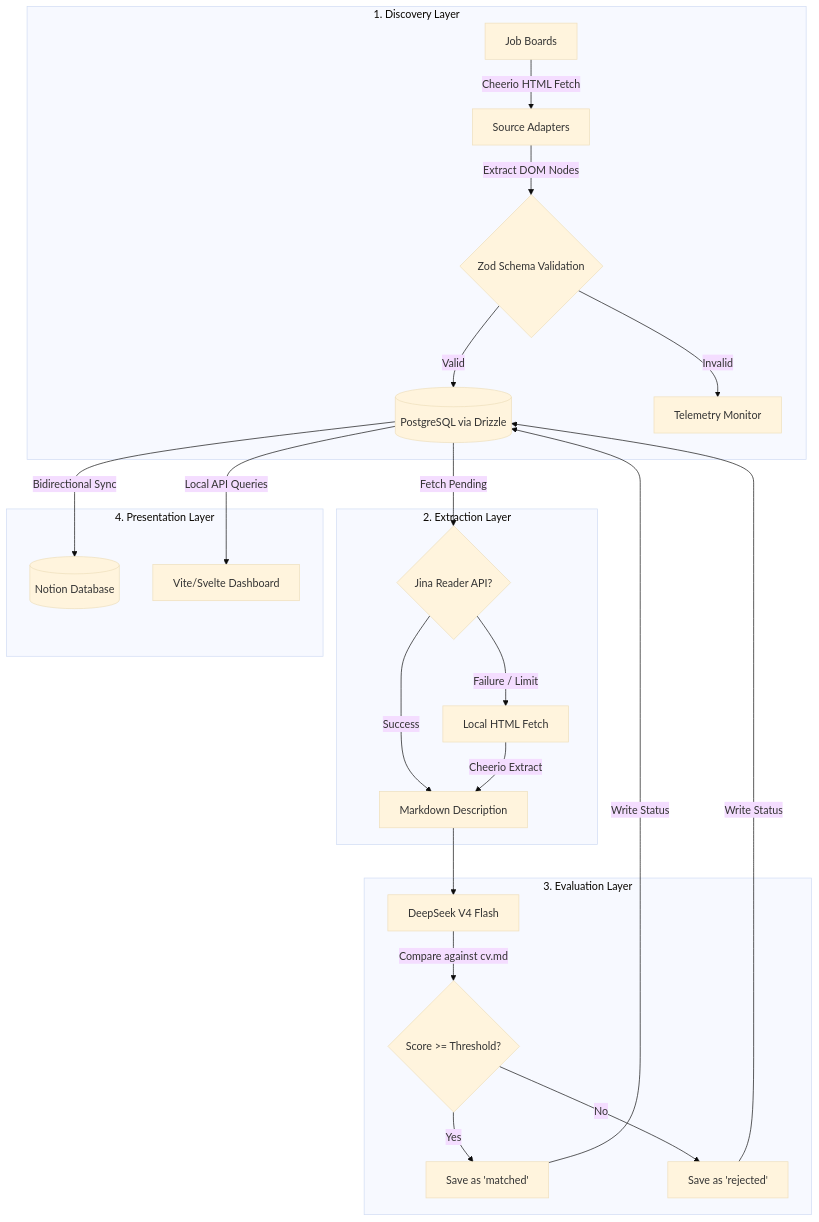
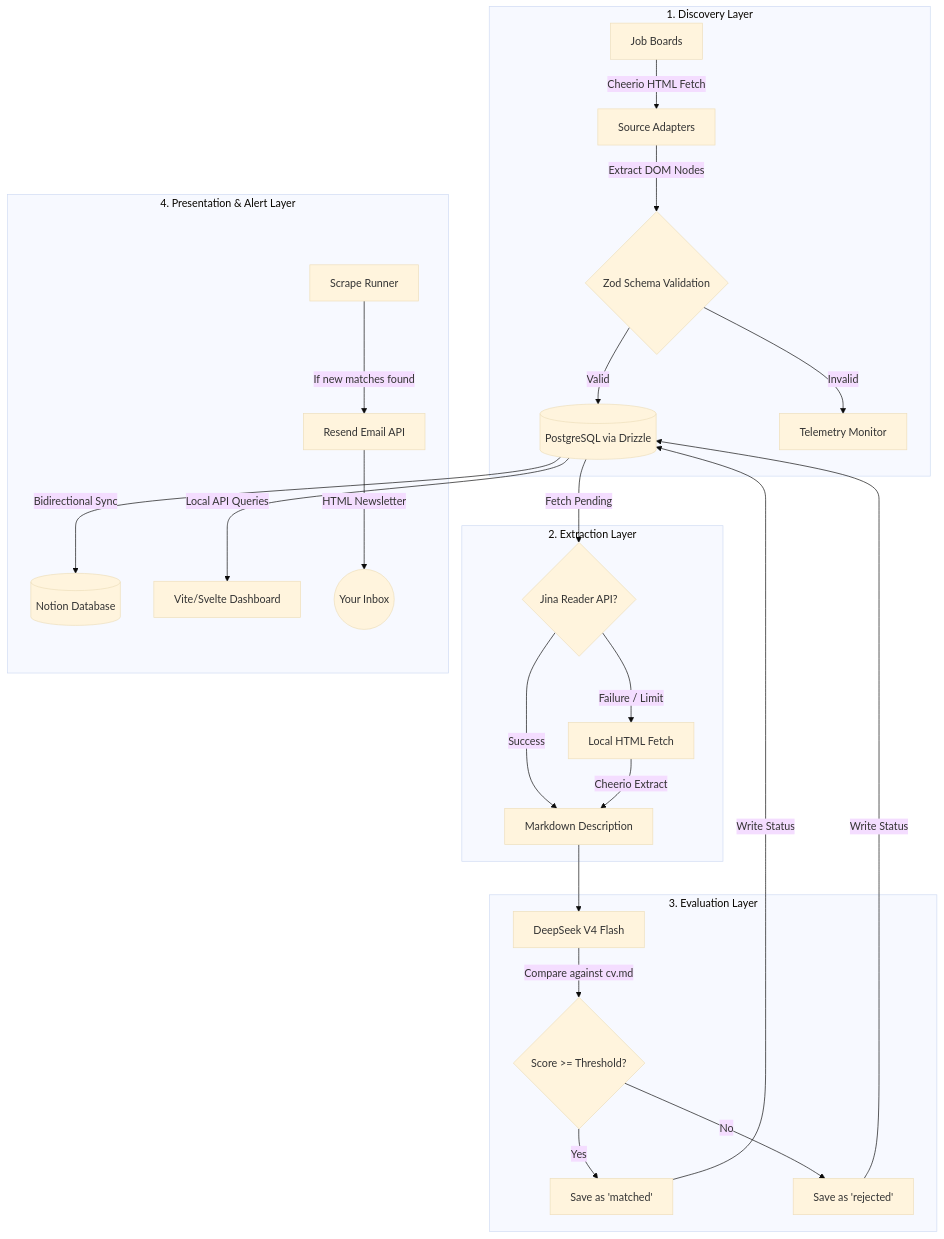
One commit to dandrok/jobetl changed the diagram in README.md. Above: the diagram before and after it, drawn with Mermaid (base theme). The commit also changed other lines of this file and 9 other files, not shown here.

Commit message:
feat: add resend email alerts and docs

````diff
--- a/README.md
+++ b/README.md
@@ -58,30 +58,32 @@
 ```mermaid
 flowchart TD
     subgraph Discovery [1. Discovery Layer]
         A[Job Boards] -->|Cheerio HTML Fetch| B[Source Adapters]
         B -->|Extract DOM Nodes| C{Zod Schema Validation}
         C -->|Valid| D[(PostgreSQL via Drizzle)]
         C -->|Invalid| E[Telemetry Monitor]
     end
 
     subgraph Extraction [2. Extraction Layer]
         D -->|Fetch Pending| F{Jina Reader API?}
         F -->|Success| G[Markdown Description]
         F -->|Failure / Limit| H[Local HTML Fetch]
         H -->|Cheerio Extract| G
     end
 
     subgraph Intelligence [3. Evaluation Layer]
         G --> DS[DeepSeek V4 Flash]
         DS -->|Compare against cv.md| I{Score >= Threshold?}
         I -->|Yes| J[Save as 'matched']
         I -->|No| K[Save as 'rejected']
         J -->|Write Status| D
         K -->|Write Status| D
     end
 
-    subgraph Presentation [4. Presentation Layer]
+    subgraph Presentation [4. Presentation & Alert Layer]
         D -->|Bidirectional Sync| L[(Notion Database)]
         D -->|Local API Queries| M[Vite/Svelte Dashboard]
+        CLI[Scrape Runner] -->|If new matches found| R[Resend Email API]
+        R -->|HTML Newsletter| Inbox((Your Inbox))
     end
 ```
````
